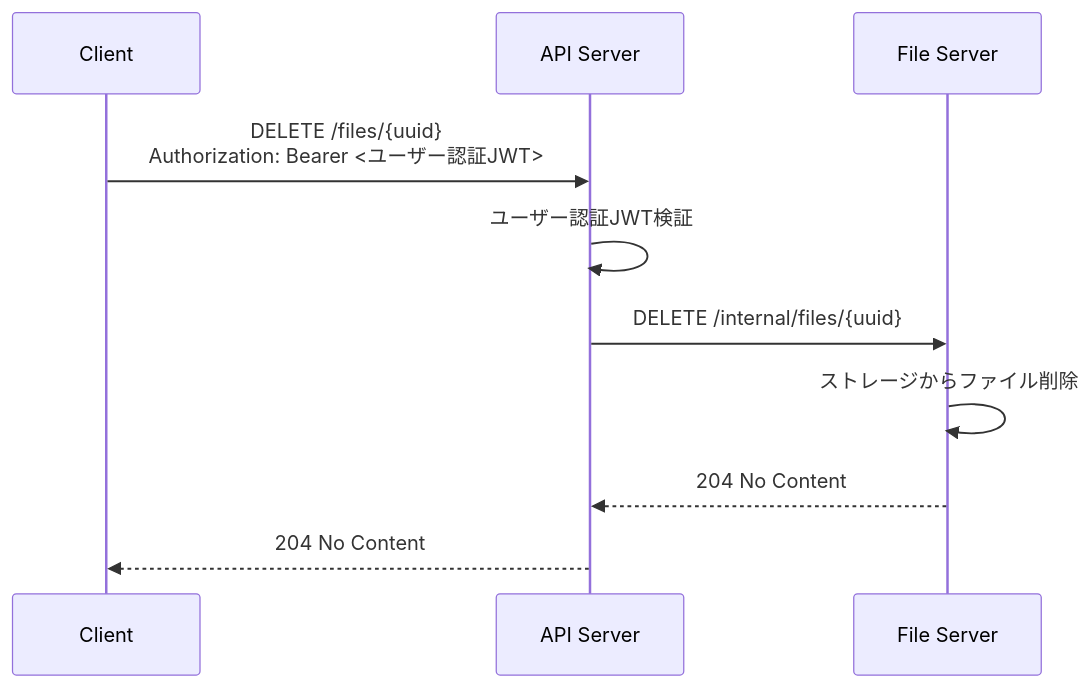
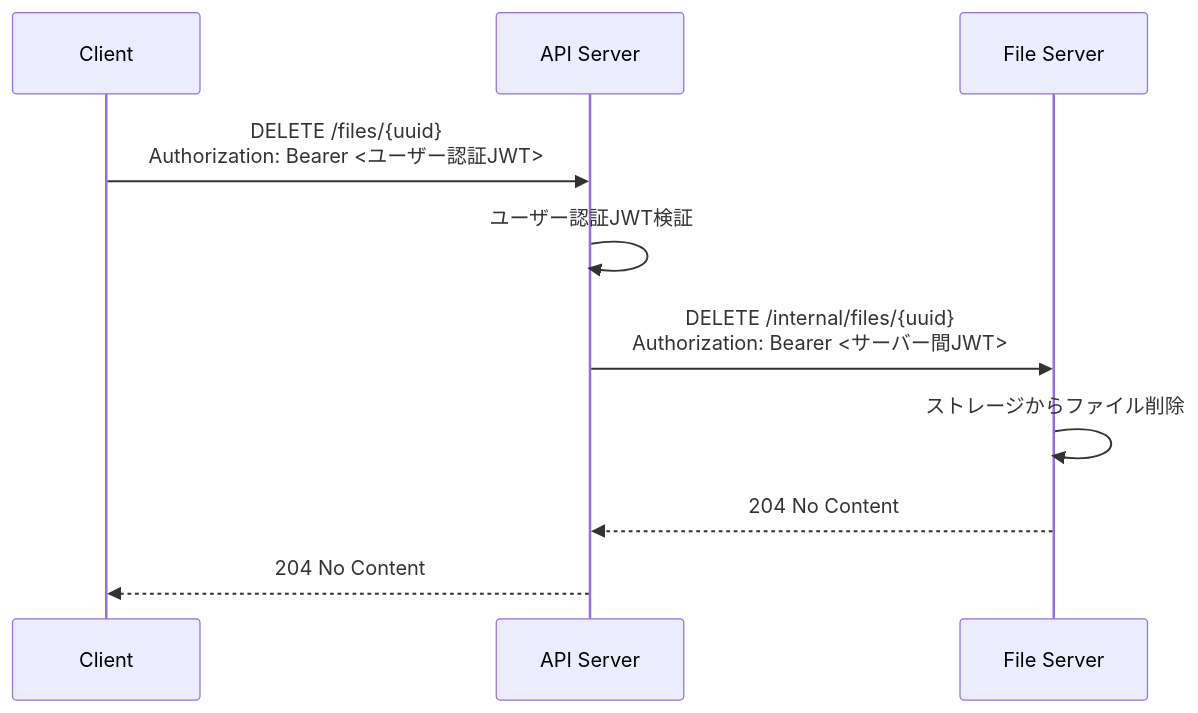
Before and after one commit to kigawa01/kaft: the fourth of 5 diagrams in docs/spec.md, drawn with Mermaid. The commit also changed other lines of this file, not shown here.

````diff
--- a/docs/spec.md
+++ b/docs/spec.md
@@ -159,13 +171,13 @@
 ```mermaid
 sequenceDiagram
     participant C as Client
     participant A as API Server
     participant F as File Server
 
     C->>A: DELETE /files/{uuid}<br/>Authorization: Bearer <ユーザー認証JWT>
     A->>A: ユーザー認証JWT検証
-    A->>F: DELETE /internal/files/{uuid}
+    A->>F: DELETE /internal/files/{uuid}<br/>Authorization: Bearer <サーバー間JWT>
     F->>F: ストレージからファイル削除
     F-->>A: 204 No Content
     A-->>C: 204 No Content
 ```
````
